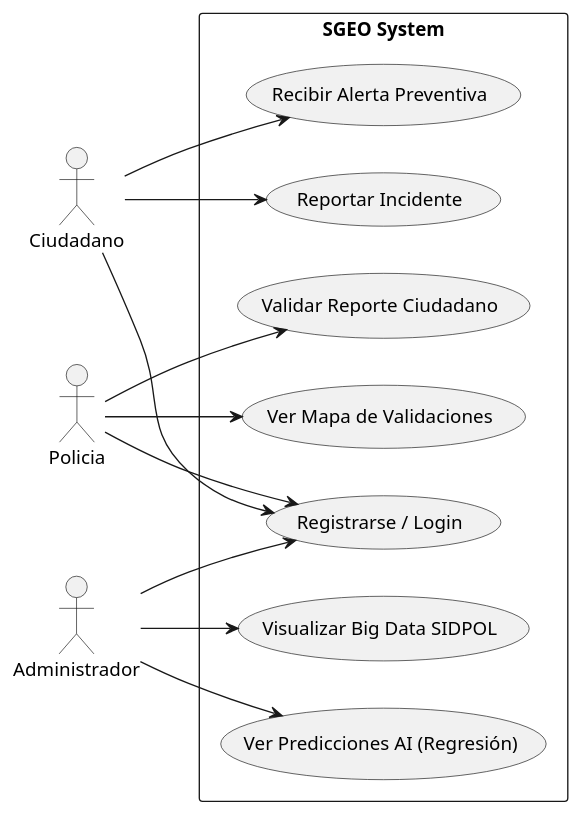
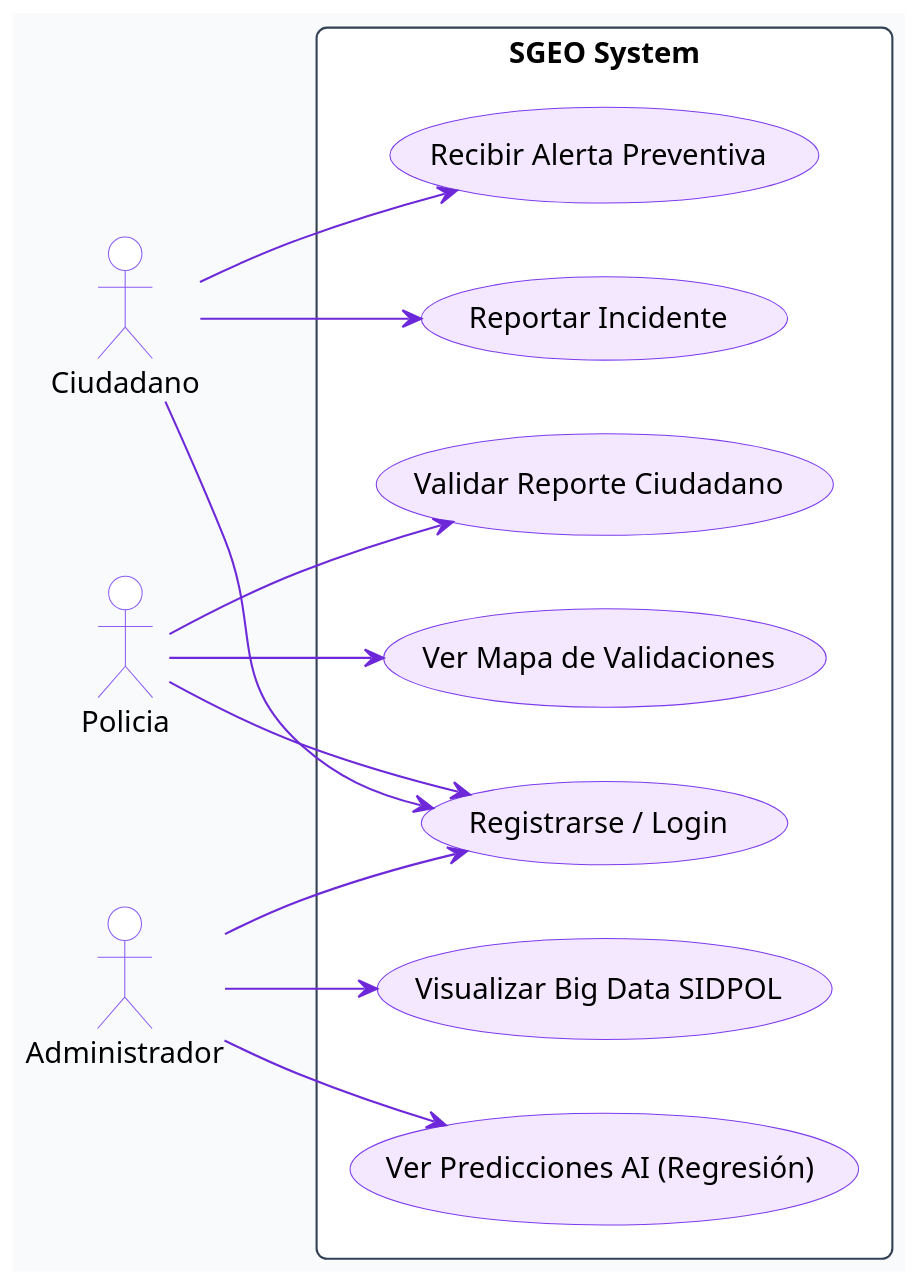
Before and after one commit to pieroalexanderppc/sgeo_pp: the fifth of 8 diagrams in docs/FD03-EPIS-Informe SRS de Proyecto.md, drawn with PlantUML. The commit also changed other lines of this file and 15 other files, not shown here.

````diff
--- a/docs/FD03-EPIS-Informe SRS de Proyecto.md
+++ b/docs/FD03-EPIS-Informe SRS de Proyecto.md
@@ -236,30 +281,43 @@
 ```plantuml
 @startuml
+skinparam shadowing false
+skinparam roundcorner 10
+skinparam dpi 150
+skinparam defaultFontName Segoe UI
+skinparam backgroundColor #F8FAFC
+skinparam ArrowColor #6D28D9
+skinparam UsecaseBackgroundColor #F3E8FF
+skinparam UsecaseBorderColor #7C3AED
+skinparam ActorBackgroundColor #FFFFFF
+skinparam ActorBorderColor #8B5CF6
+skinparam RectangleBackgroundColor #FFFFFF
+skinparam RectangleBorderColor #334155
+
 left to right direction
 actor Ciudadano as C
 actor Policia as P
 actor Administrador as A
 
 rectangle "SGEO System" {
   usecase "Registrarse / Login" as UC1
   usecase "Reportar Incidente" as UC2
   usecase "Recibir Alerta Preventiva" as UC3
   usecase "Validar Reporte Ciudadano" as UC4
   usecase "Ver Mapa de Validaciones" as UC5
   usecase "Ver Predicciones AI (Regresión)" as UC6
   usecase "Visualizar Big Data SIDPOL" as UC7
 }
 
 C --> UC1
 C --> UC2
 C --> UC3
 
 P --> UC1
 P --> UC4
 P --> UC5
 
 A --> UC1
 A --> UC6
 A --> UC7
 @enduml
 ```
````
